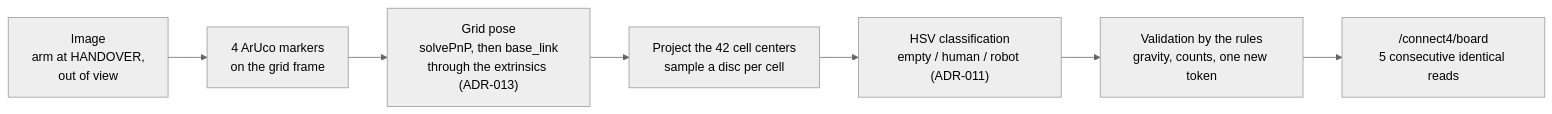
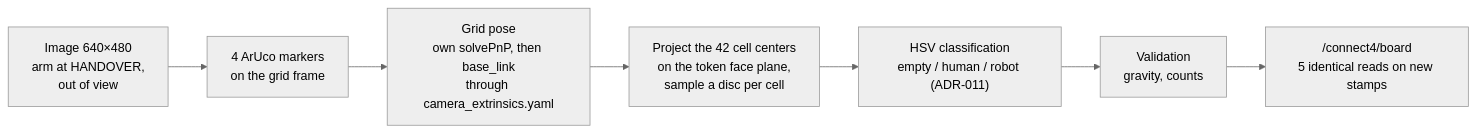
Before and after one commit to FoxaxeWasTaken/Robotics: the first of 2 diagrams in docs/project/phase2/P2-02_design.md, drawn with Mermaid (neutral theme). The commit also changed other lines of this file and 61 other files, not shown here.

````diff
--- a/docs/project/phase2/P2-02_design.md
+++ b/docs/project/phase2/P2-02_design.md
@@ -60,9 +78,9 @@
 ```mermaid
 flowchart LR
-  I["Image<br/>arm at HANDOVER,<br/>out of view"] --> M["4 ArUco markers<br/>on the grid frame"]
-  M --> P["Grid pose<br/>solvePnP, then base_link<br/>through the extrinsics (ADR-013)"]
-  P --> S["Project the 42 cell centers<br/>sample a disc per cell"]
+  I["Image 640×480<br/>arm at HANDOVER,<br/>out of view"] --> M["4 ArUco markers<br/>on the grid frame"]
+  M --> P["Grid pose<br/>own solvePnP, then base_link<br/>through camera_extrinsics.yaml"]
+  P --> S["Project the 42 cell centers<br/>on the token face plane,<br/>sample a disc per cell"]
   S --> C["HSV classification<br/>empty / human / robot (ADR-011)"]
-  C --> V["Validation by the rules<br/>gravity, counts, one new token"]
-  V --> O["/connect4/board<br/>5 consecutive identical reads"]
+  C --> V["Validation<br/>gravity, counts"]
+  V --> O["/connect4/board<br/>5 identical reads on new stamps"]
 ```
````
